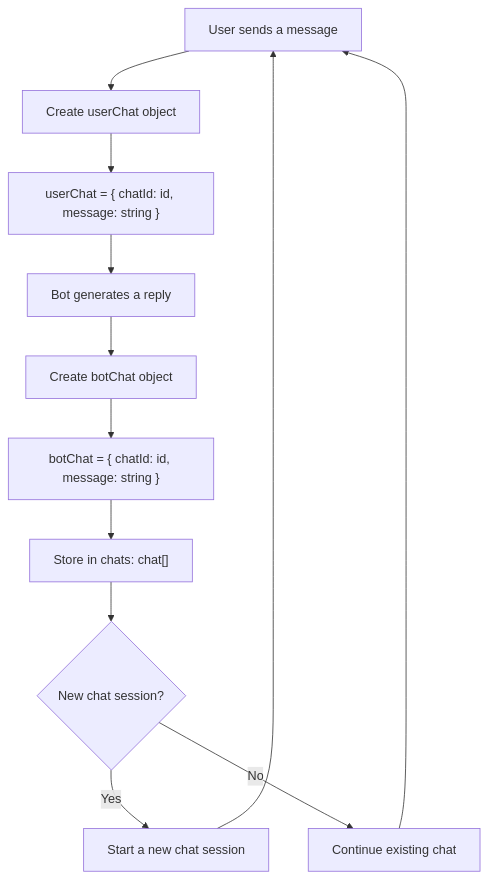
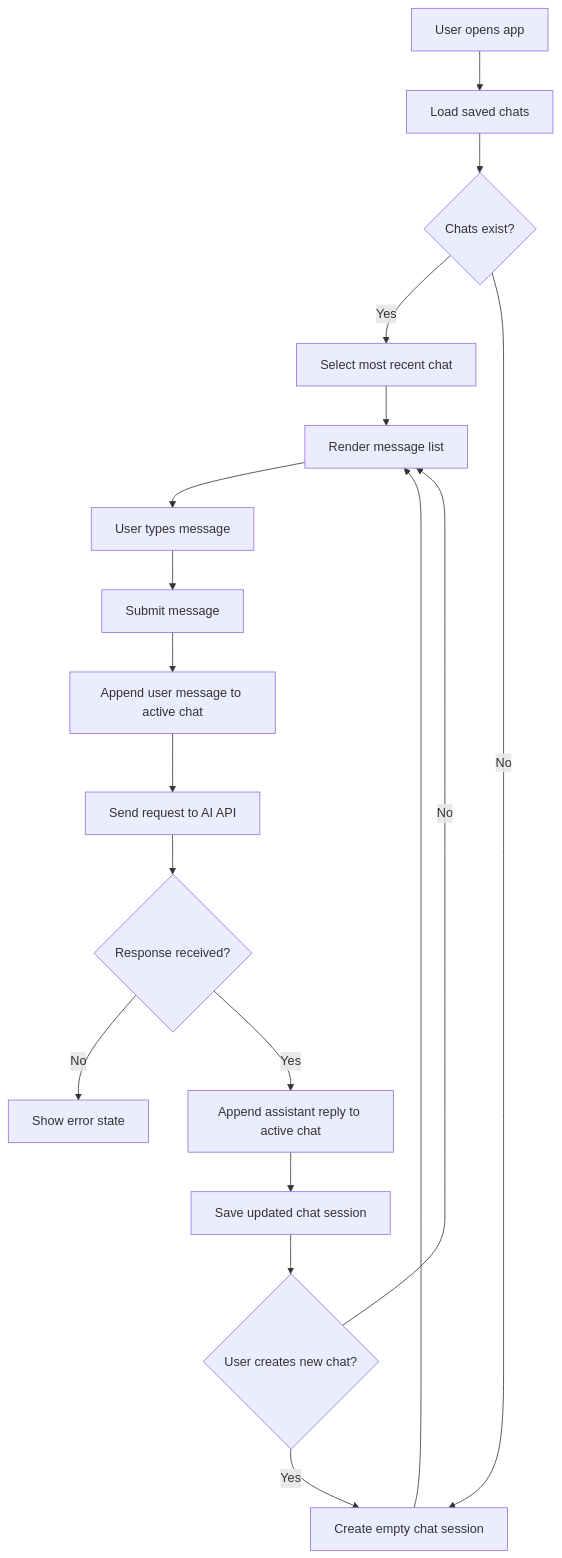
The first of 2 diagrams in flow.md (bashir-muhammad/askfolio), drawn with Mermaid before and after one commit. The commit also changed other lines of this file, not shown here.

````diff
--- a/flow.md
+++ b/flow.md
@@ -36,14 +117,20 @@
 ```mermaid
 flowchart TD
-    A["User sends a message"] --> B["Create userChat object"]
-    B --> C["userChat = { chatId: id, message: string }"]
-    C --> D["Bot generates a reply"]
-    D --> E["Create botChat object"]
-    E --> F["botChat = { chatId: id, message: string }"]
-    F --> G["Store in chats: chat[]"]
-    G --> H{"New chat session?"}
-    H -- Yes --> I["Start a new chat session"]
-    I --> A
-    H -- No --> J["Continue existing chat"]
-    J --> A
+    A["User opens app"] --> B["Load saved chats"]
+    B --> C{"Chats exist?"}
+    C -- Yes --> D["Select most recent chat"]
+    C -- No --> E["Create empty chat session"]
+    D --> F["Render message list"]
+    E --> F
+    F --> G["User types message"]
+    G --> H["Submit message"]
+    H --> I["Append user message to active chat"]
+    I --> J["Send request to AI API"]
+    J --> K{"Response received?"}
+    K -- No --> L["Show error state"]
+    K -- Yes --> M["Append assistant reply to active chat"]
+    M --> N["Save updated chat session"]
+    N --> O{"User creates new chat?"}
+    O -- Yes --> E
+    O -- No --> F
 ```
````
